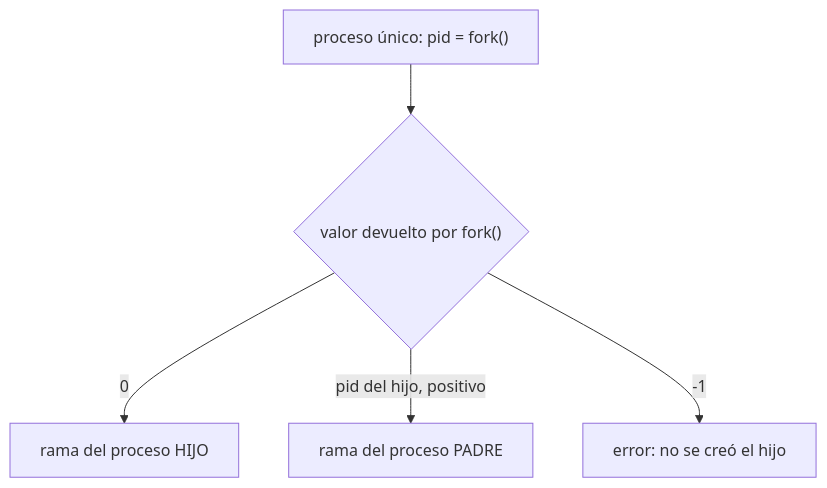
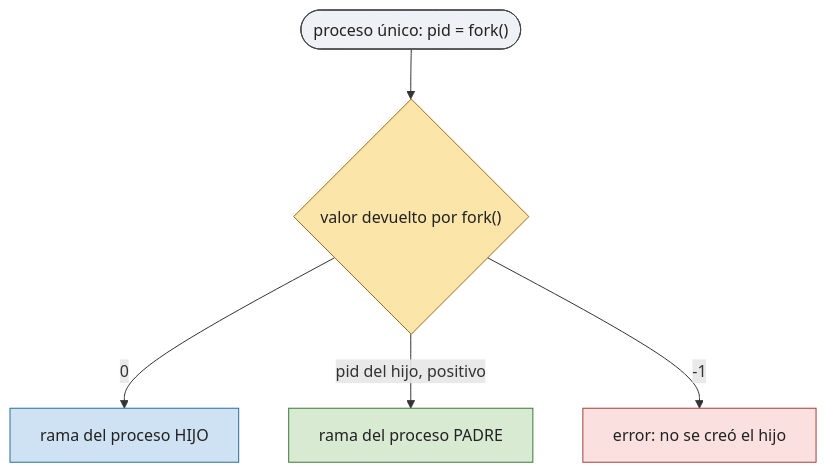
One commit to asiermarzo/ssoo changed the first of 3 diagrams in PRACTICA/02-procesos-e-hilos/README.md. Above: the diagram before and after it, drawn with Mermaid. The commit also changed other lines of this file and 25 other files, not shown here.

Commit message:
refinado de diagramas mermaid y svg

````diff
--- a/PRACTICA/02-procesos-e-hilos/README.md
+++ b/PRACTICA/02-procesos-e-hilos/README.md
@@ -50,7 +50,19 @@
 ```mermaid
 flowchart TD
-    U["proceso único: pid = fork()"] --> R{"valor devuelto por fork()"}
+    U(["proceso único: pid = fork()"]) --> R{"valor devuelto por fork()"}
     R -->|"0"| H["rama del proceso HIJO"]
     R -->|"pid del hijo, positivo"| P["rama del proceso PADRE"]
     R -->|"-1"| E["error: no se creó el hijo"]
+
+    classDef inicio fill:#eef2f7,stroke:#444,color:#222;
+    classDef decision fill:#fce5a8,stroke:#a06a1a,color:#222;
+    classDef hijo fill:#cfe2f3,stroke:#2b6f99,color:#222;
+    classDef padre fill:#d9ead3,stroke:#3a7a3a,color:#222;
+    classDef error fill:#fbe0e0,stroke:#a04040,color:#222;
+
+    class U inicio;
+    class R decision;
+    class H hijo;
+    class P padre;
+    class E error;
 ```
````
